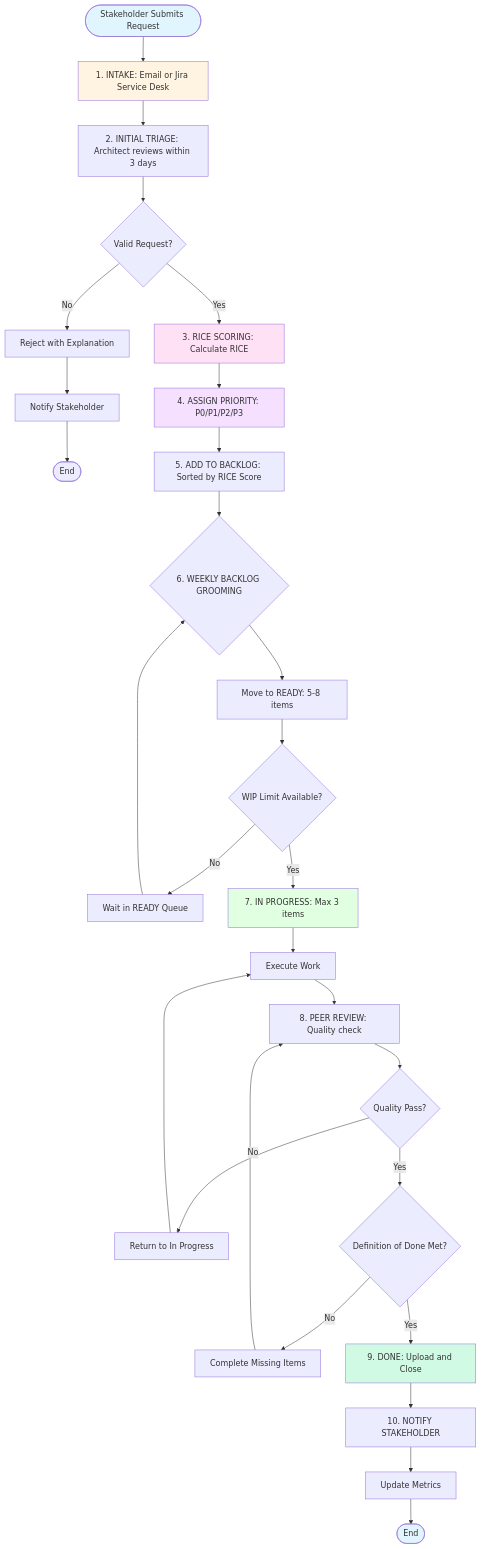
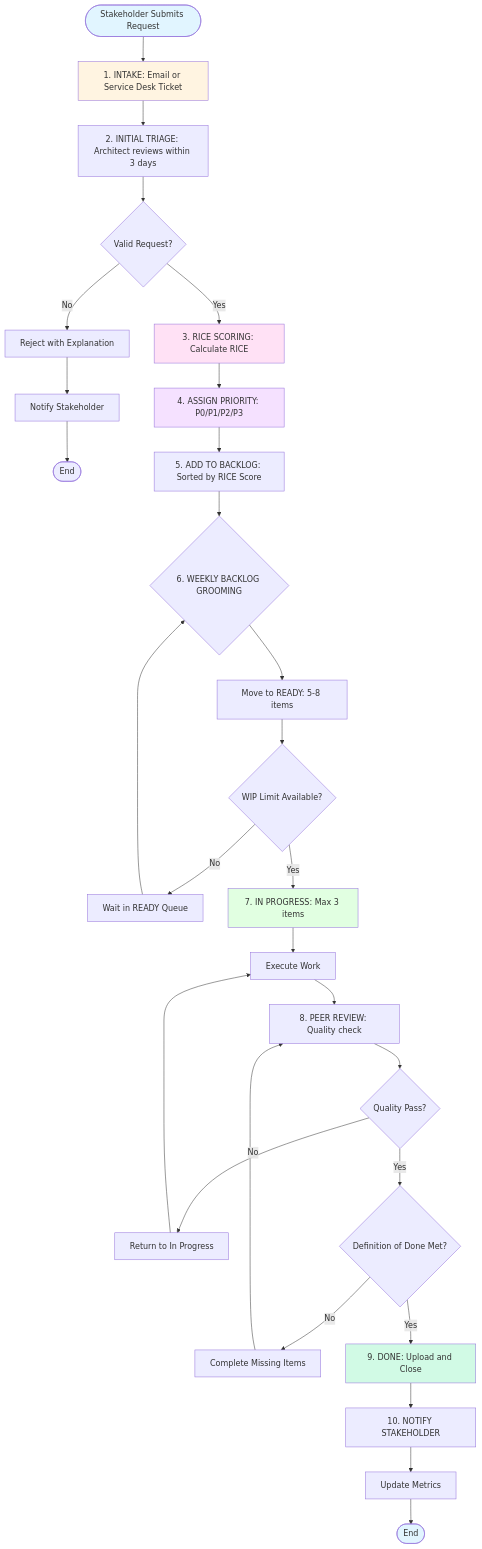
The first of 10 diagrams in docs/ejemplo/01-global/demand-management/diagrams/demand-management-diagrams.md (Nebiath/Architecture-design-documentation), drawn with Mermaid before and after one commit. The commit also changed other lines of this file, not shown here.

````diff
--- a/docs/ejemplo/01-global/demand-management/diagrams/demand-management-diagrams.md
+++ b/docs/ejemplo/01-global/demand-management/diagrams/demand-management-diagrams.md
@@ -27,59 +27,59 @@
 ```mermaid
 graph TD
-    Start([Stakeholder Submits Request]) --> Intake[1. INTAKE: Email or Jira Service Desk]
+    Start([Stakeholder Submits Request]) --> Intake[1. INTAKE: Email or Service Desk Ticket]
 
     Intake --> Triage[2. INITIAL TRIAGE: Architect reviews within 3 days]
 
     Triage --> Valid{Valid Request?}
 
     Valid -->|No| Reject[Reject with Explanation]
     Reject --> NotifyReject[Notify Stakeholder]
     NotifyReject --> End1([End])
 
     Valid -->|Yes| Scoring[3. RICE SCORING: Calculate RICE]
 
     Scoring --> Priority[4. ASSIGN PRIORITY: P0/P1/P2/P3]
 
     Priority --> Backlog[5. ADD TO BACKLOG: Sorted by RICE Score]
 
     Backlog --> Groom{6. WEEKLY BACKLOG GROOMING}
 
     Groom --> Ready[Move to READY: 5-8 items]
 
     Ready --> WIP{WIP Limit Available?}
 
     WIP -->|No| Wait[Wait in READY Queue]
     Wait --> Groom
 
     WIP -->|Yes| InProgress[7. IN PROGRESS: Max 3 items]
 
     InProgress --> Work[Execute Work]
 
     Work --> Review[8. PEER REVIEW: Quality check]
 
     Review --> QA{Quality Pass?}
 
     QA -->|No| Rework[Return to In Progress]
     Rework --> Work
 
     QA -->|Yes| DoD{Definition of Done Met?}
 
     DoD -->|No| Complete[Complete Missing Items]
     Complete --> Review
 
     DoD -->|Yes| Done[9. DONE: Upload and Close]
 
     Done --> Notify[10. NOTIFY STAKEHOLDER]
 
     Notify --> Metrics[Update Metrics]
 
     Metrics --> End2([End])
 
     style Start fill:#e1f5ff
     style Intake fill:#fff4e1
     style Scoring fill:#ffe1f5
     style Priority fill:#f5e1ff
     style InProgress fill:#e1ffe1
     style Done fill:#d1fae5
     style End2 fill:#e1f5ff
 ```
````
